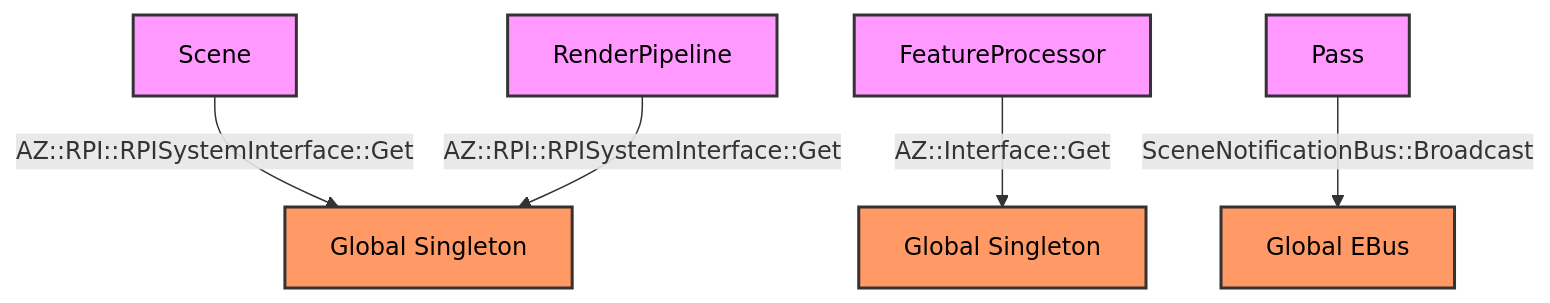
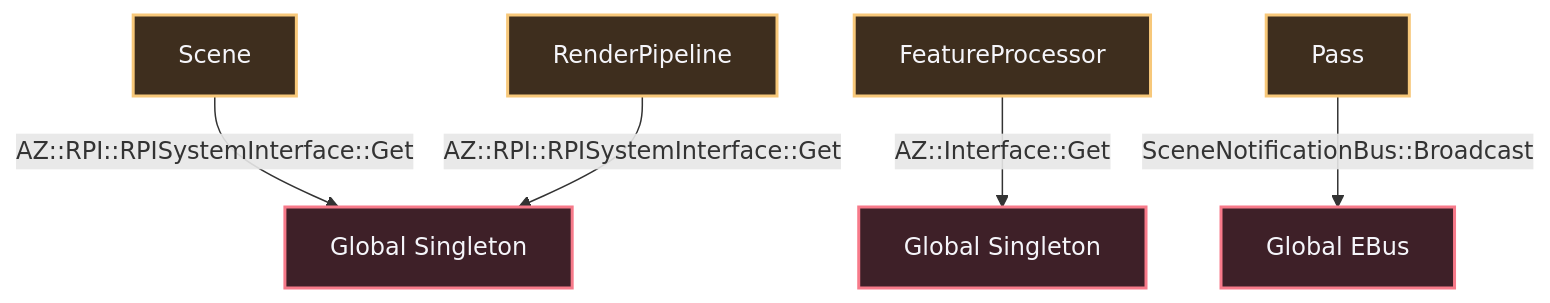
Before and after one commit to Astin-A/the-workshop: the first of 3 diagrams in content/Engine shit/O3DE/Atomic/5 Dependency Injection & Service Locators.md, drawn with Mermaid. The commit also changed other lines of this file and 24 other files, not shown here.

````diff
--- a/content/Engine shit/O3DE/Atomic/5 Dependency Injection & Service Locators.md
+++ b/content/Engine shit/O3DE/Atomic/5 Dependency Injection & Service Locators.md
@@ -13,15 +13,13 @@
 ```mermaid
 graph TD
     A[Scene] -->|AZ::RPI::RPISystemInterface::Get| B[Global Singleton]
     C[RenderPipeline] -->|AZ::RPI::RPISystemInterface::Get| B
     D[FeatureProcessor] -->|AZ::Interface<AZ::IConsole>::Get| E[Global Singleton]
     F[Pass] -->|SceneNotificationBus::Broadcast| G[Global EBus]
-    
-    style A fill:#f9f,stroke:#333,stroke-width:2px,color:#000
-    style B fill:#f96,stroke:#333,stroke-width:2px,color:#000
-    style C fill:#f9f,stroke:#333,stroke-width:2px,color:#000
-    style D fill:#f9f,stroke:#333,stroke-width:2px,color:#000
-    style E fill:#f96,stroke:#333,stroke-width:2px,color:#000
-    style F fill:#f9f,stroke:#333,stroke-width:2px,color:#000
-    style G fill:#f96,stroke:#333,stroke-width:2px,color:#000
+
+    classDef danger fill:#3e2028,stroke:#f77a8a,stroke-width:2px,color:#f5f5fa;
+    classDef warning fill:#3e2e1e,stroke:#f7c87a,stroke-width:2px,color:#f5f5fa;
+
+    class A,C,D,F warning;
+    class B,E,G danger;
 ```
````
